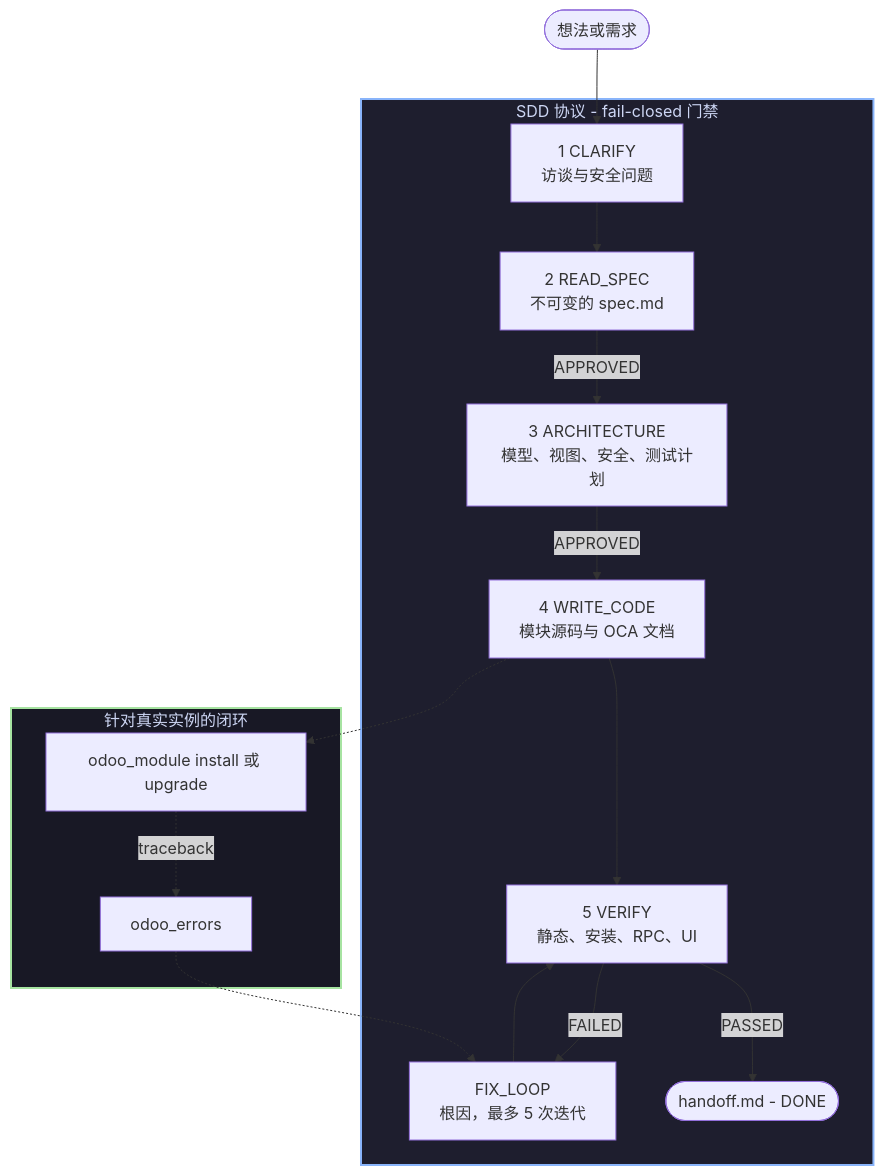
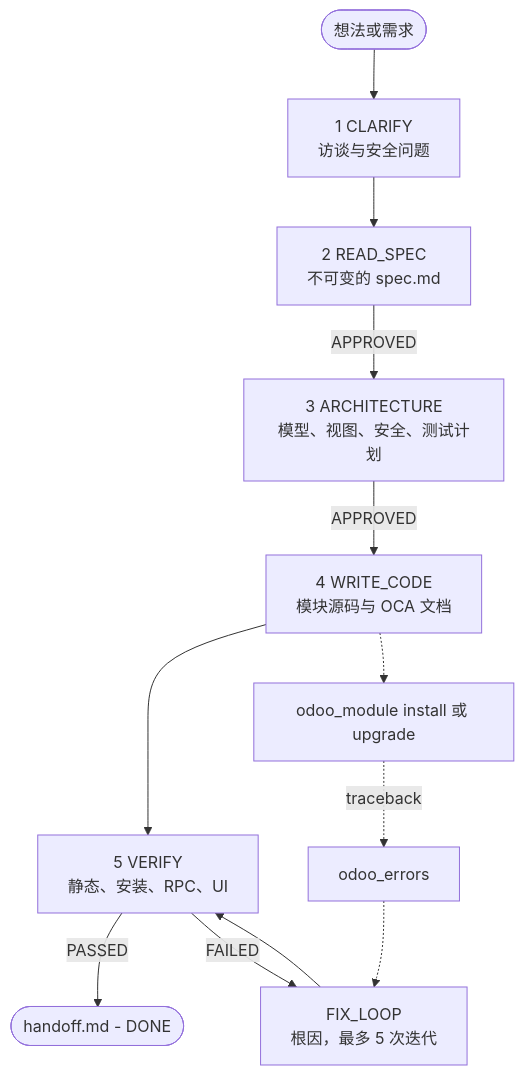
One commit to fhidalgodev/dsh-odoo-sdd changed the first of 2 diagrams in README.zh-CN.md. Above: the diagram before and after it, drawn with Mermaid. The commit also changed other lines of this file and 5 other files, not shown here.

First line of the commit message:
[DOCS] dsh-odoo-sdd: neutral example instances and a theme-agnostic diagram

````diff
--- a/README.zh-CN.md
+++ b/README.zh-CN.md
@@ -82,23 +82,14 @@
 ```mermaid
-graph TD
-    A(["想法或需求"]) --> C1
-
-    subgraph P [SDD 协议 - fail-closed 门禁]
-        C1["1 CLARIFY<br/>访谈与安全问题"] --> R2["2 READ_SPEC<br/>不可变的 spec.md"]
-        R2 -->|APPROVED| A3["3 ARCHITECTURE<br/>模型、视图、安全、测试计划"]
-        A3 -->|APPROVED| W4["4 WRITE_CODE<br/>模块源码与 OCA 文档"]
-        W4 --> V5["5 VERIFY<br/>静态、安装、RPC、UI"]
-        V5 -->|PASSED| D9(["handoff.md - DONE"])
-        V5 -->|FAILED| F6["FIX_LOOP<br/>根因，最多 5 次迭代"]
-        F6 --> V5
-    end
-
-    subgraph L [针对真实实例的闭环]
-        W4 -.-> M7["odoo_module install 或 upgrade"]
-        M7 -.->|traceback| E8["odoo_errors"]
-        E8 -.-> F6
-    end
-
-    style P fill:#1e1e2e,stroke:#89b4fa,stroke-width:2px,color:#cdd6f4
-    style L fill:#181825,stroke:#a6e3a1,stroke-width:2px,color:#cdd6f4
+flowchart TD
+    A(["想法或需求"]) --> C1["1 CLARIFY<br/>访谈与安全问题"]
+    C1 --> R2["2 READ_SPEC<br/>不可变的 spec.md"]
+    R2 -->|APPROVED| A3["3 ARCHITECTURE<br/>模型、视图、安全、测试计划"]
+    A3 -->|APPROVED| W4["4 WRITE_CODE<br/>模块源码与 OCA 文档"]
+    W4 --> V5["5 VERIFY<br/>静态、安装、RPC、UI"]
+    V5 -->|PASSED| D9(["handoff.md - DONE"])
+    V5 -->|FAILED| F6["FIX_LOOP<br/>根因，最多 5 次迭代"]
+    F6 --> V5
+    W4 -.-> M7["odoo_module install 或 upgrade"]
+    M7 -.->|traceback| E8["odoo_errors"]
+    E8 -.-> F6
 ```
````
